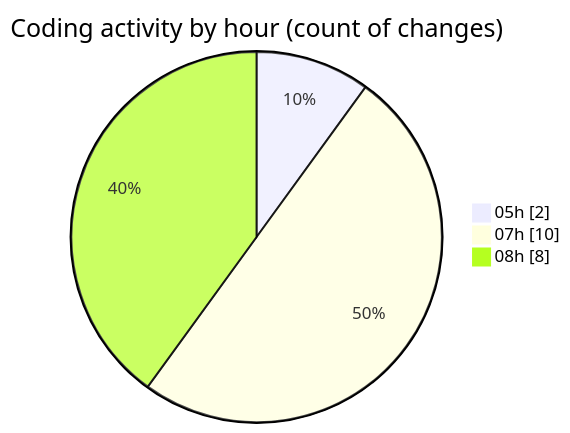
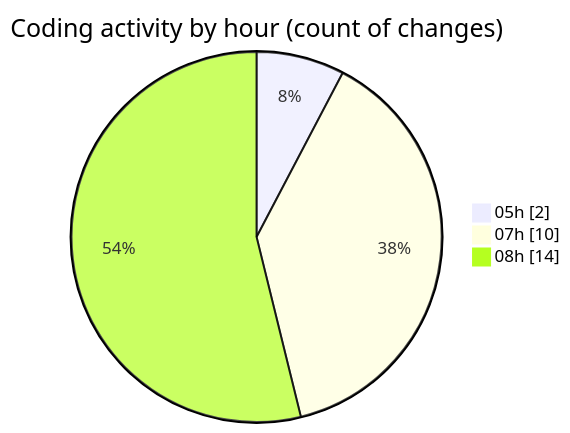
The second of 2 diagrams in 2025-04-08/sungpt/README.md (Elitesun/code-tracking), drawn with Mermaid before and after one commit. The commit also changed other lines of this file and 1 other file, not shown here.

````diff
--- a/2025-04-08/sungpt/README.md
+++ b/2025-04-08/sungpt/README.md
@@ -35,7 +36,7 @@
 ```mermaid
 pie showData
 title Coding activity by hour (count of changes)
 "05h" : 2
 "07h" : 10
-"08h" : 8
+"08h" : 14
 ```
````
